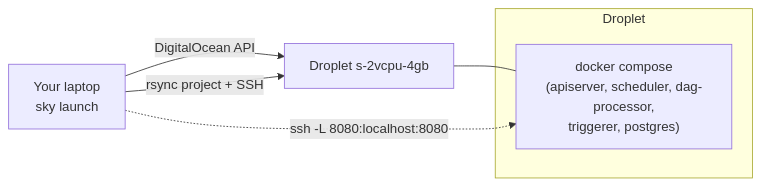
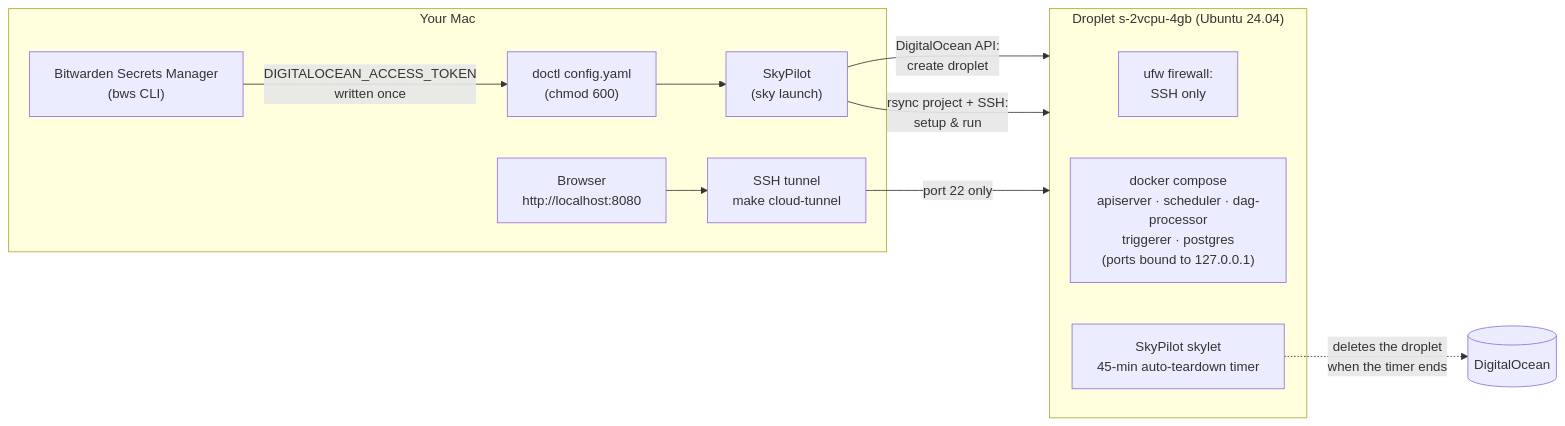
One commit to umesh-khatiwada/apache-airflow-example-worflow changed the first of 2 diagrams in docs/34-deploy-digitalocean-skypilot.md. Above: the diagram before and after it, drawn with Mermaid. The commit also changed other lines of this file and 6 other files, not shown here.

First line of the commit message:
Document cloud deployment and add make cloud-* targets

````diff
--- a/docs/34-deploy-digitalocean-skypilot.md
+++ b/docs/34-deploy-digitalocean-skypilot.md
@@ -25,10 +22,17 @@
 ```mermaid
 flowchart LR
-    laptop["Your laptop<br/>sky launch"] -->|DigitalOcean API| droplet["Droplet s-2vcpu-4gb"]
-    laptop -->|"rsync project + SSH"| droplet
-    subgraph droplet_box[Droplet]
-      compose["docker compose<br/>(apiserver, scheduler, dag-processor,<br/>triggerer, postgres)"]
+    subgraph laptop["Your Mac"]
+        bw["Bitwarden Secrets Manager<br/>(bws CLI)"] -->|"DIGITALOCEAN_ACCESS_TOKEN<br/>written once"| cfg["doctl config.yaml<br/>(chmod 600)"]
+        cfg --> sky["SkyPilot<br/>(sky launch)"]
+        browser["Browser<br/>http://localhost:8080"] --> tunnel["SSH tunnel<br/>make cloud-tunnel"]
     end
-    droplet --- compose
-    laptop -. "ssh -L 8080:localhost:8080" .-> compose
+    sky -->|"DigitalOcean API:<br/>create droplet"| vm
+    sky -->|"rsync project + SSH:<br/>setup & run"| vm
+    tunnel -->|"port 22 only"| vm
+    subgraph vm["Droplet s-2vcpu-4gb (Ubuntu 24.04)"]
+        ufw["ufw firewall:<br/>SSH only"]
+        compose["docker compose<br/>apiserver · scheduler · dag-processor<br/>triggerer · postgres<br/>(ports bound to 127.0.0.1)"]
+        skylet["SkyPilot skylet<br/>45-min auto-teardown timer"]
+    end
+    skylet -.->|"deletes the droplet<br/>when the timer ends"| do[(DigitalOcean)]
 ```
````
